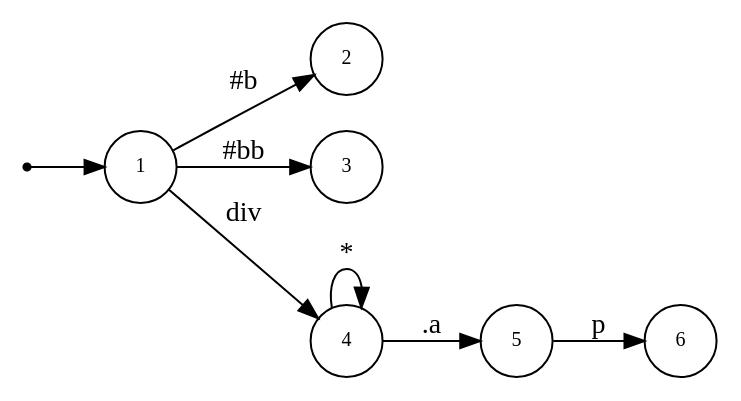
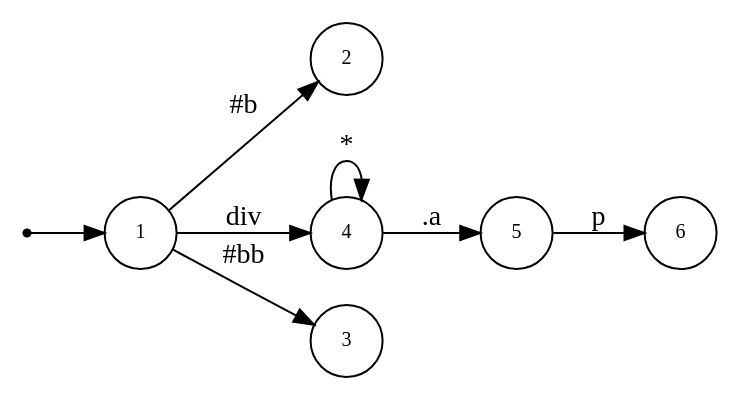
One commit to asukaminato0721/css-bitvector-compiler changed the diagram in css-gen-op/testcase/dot.dot. Above: the diagram before and after it, drawn with Graphviz. The commit also changed other lines of this file and 16 other files, not shown here.

```diff
--- a/css-gen-op/testcase/dot.dot
+++ b/css-gen-op/testcase/dot.dot
@@ -1,19 +1,19 @@
 digraph NFA {
   rankdir=LR;
   node [shape=circle, fontsize=10];
   __start [shape=point, label=""];
   __start -> 1;
   2 [label="2"];
-  3 [label="3"];
+  4 [label="4"];
   5 [label="5"];
   1 [label="1"];
   6 [label="6"];
-  4 [label="4"];
+  3 [label="3"];
   { node [shape=doublecircle]; 2 3 6 }
   1 -> 2 [label="#b"];
   1 -> 3 [label="#bb"];
   1 -> 4 [label="div"];
   4 -> 4 [label="*"];
   4 -> 5 [label=".a"];
   5 -> 6 [label="p"];
 }
```
